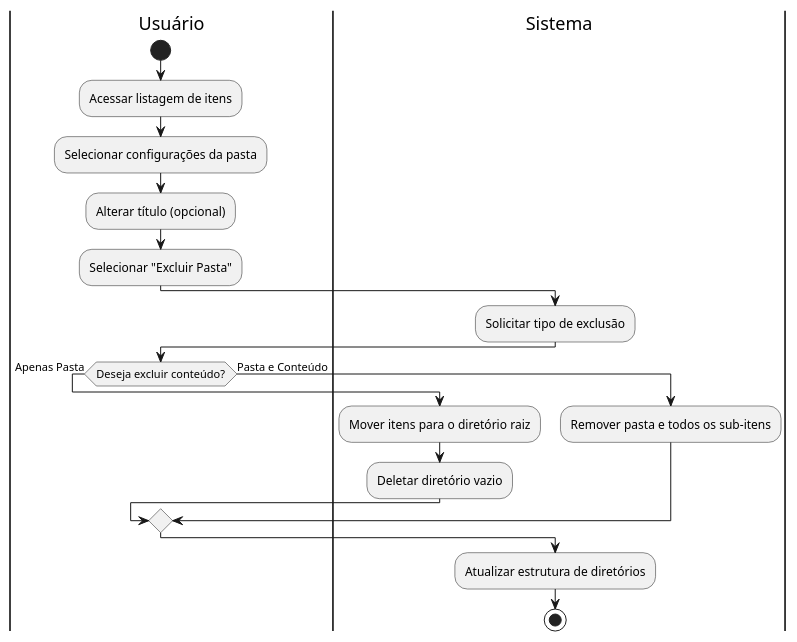
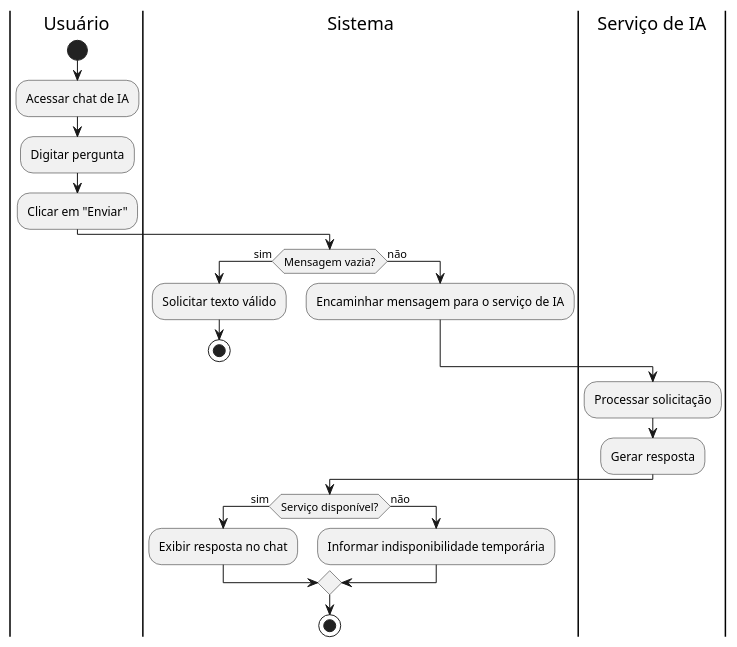
Before and after one commit to aspiringluke/Projeto-Integrado-Mobile: the diagram in docs/casosUso/uml/diagramas_atividade/diagrama_atividade_UC12.puml, drawn with PlantUML. The commit also changed 19 other files, not shown here.

Commit message:
docs: Diagramas de atividade ajustados aos casos de uso atuais

```diff
--- a/docs/casosUso/uml/diagramas_atividade/diagrama_atividade_UC12.puml
+++ b/docs/casosUso/uml/diagramas_atividade/diagrama_atividade_UC12.puml
@@ -1,25 +1,29 @@
 @startuml diagrama_UC12
 
 |Usuário|
 start
-:Acessar listagem de itens;
-:Selecionar configurações da pasta;
-:Alterar título (opcional);
-:Selecionar "Excluir Pasta";
+:Acessar chat de IA;
+:Digitar pergunta;
+:Clicar em "Enviar";
+
 |Sistema|
-:Solicitar tipo de exclusão;
-|Usuário|
-
-if (Deseja excluir conteúdo?) then (Apenas Pasta)
-  |Sistema|
-  :Mover itens para o diretório raiz;
-  :Deletar diretório vazio;
-else (Pasta e Conteúdo)
-  |Sistema|
-  :Remover pasta e todos os sub-itens;
+if (Mensagem vazia?) then (sim)
+  :Solicitar texto válido;
+  stop
+else (não)
+  :Encaminhar mensagem para o serviço de IA;
 endif
 
-:Atualizar estrutura de diretórios;
+|Serviço de IA|
+:Processar solicitação;
+:Gerar resposta;
+
+|Sistema|
+if (Serviço disponível?) then (sim)
+  :Exibir resposta no chat;
+else (não)
+  :Informar indisponibilidade temporária;
+endif
+
 stop
-
 @enduml
```
